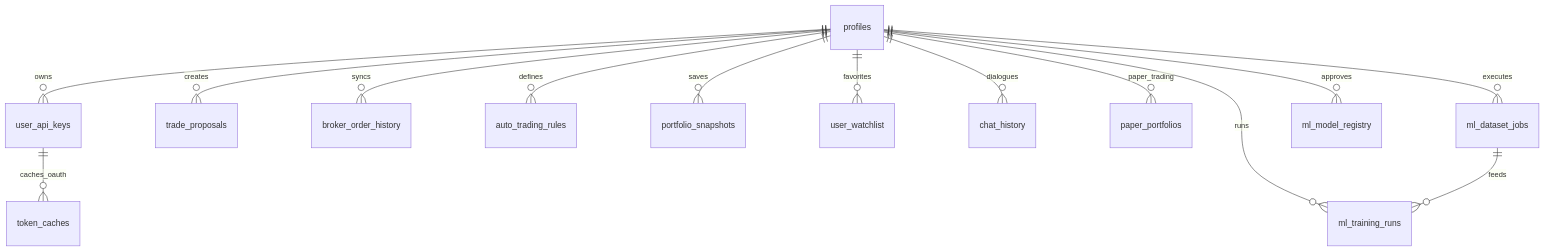
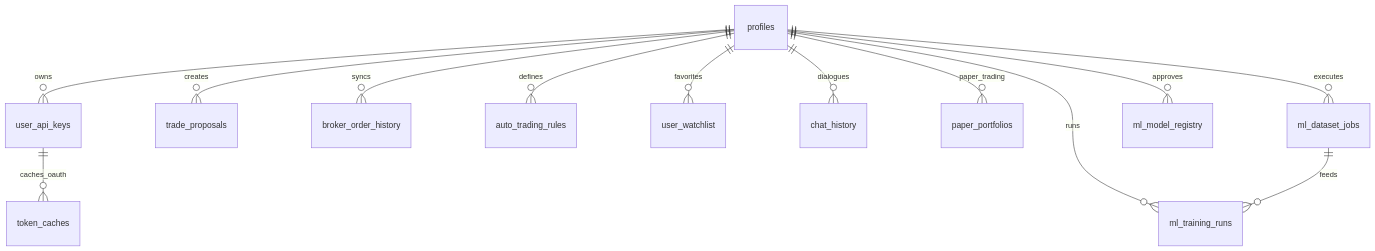
The diagram in database_specification.md (Grand-slam-project/Trading), drawn with Mermaid before and after one commit. The commit also changed other lines of this file and 28 other files, not shown here.

````diff
--- a/database_specification.md
+++ b/database_specification.md
@@ -9,18 +9,17 @@
 ```mermaid
 erDiagram
     profiles ||--o{ user_api_keys : "owns"
     profiles ||--o{ trade_proposals : "creates"
     profiles ||--o{ broker_order_history : "syncs"
     profiles ||--o{ auto_trading_rules : "defines"
-    profiles ||--o{ portfolio_snapshots : "saves"
     profiles ||--o{ user_watchlist : "favorites"
     profiles ||--o{ chat_history : "dialogues"
     profiles ||--o{ paper_portfolios : "paper_trading"
 
     profiles ||--o{ ml_dataset_jobs : "executes"
     profiles ||--o{ ml_training_runs : "runs"
     profiles ||--o{ ml_model_registry : "approves"
 
     ml_dataset_jobs ||--o{ ml_training_runs : "feeds"
     user_api_keys ||--o{ token_caches : "caches_oauth"
 ```
````
